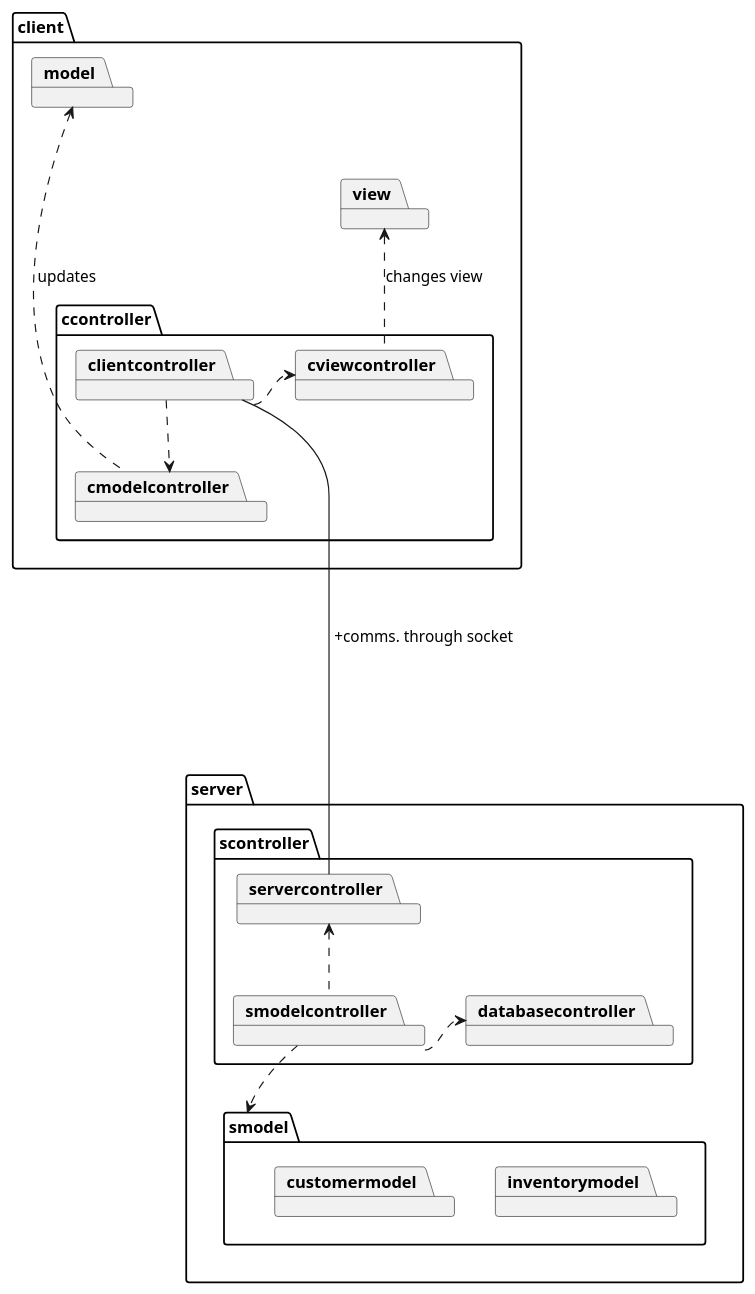
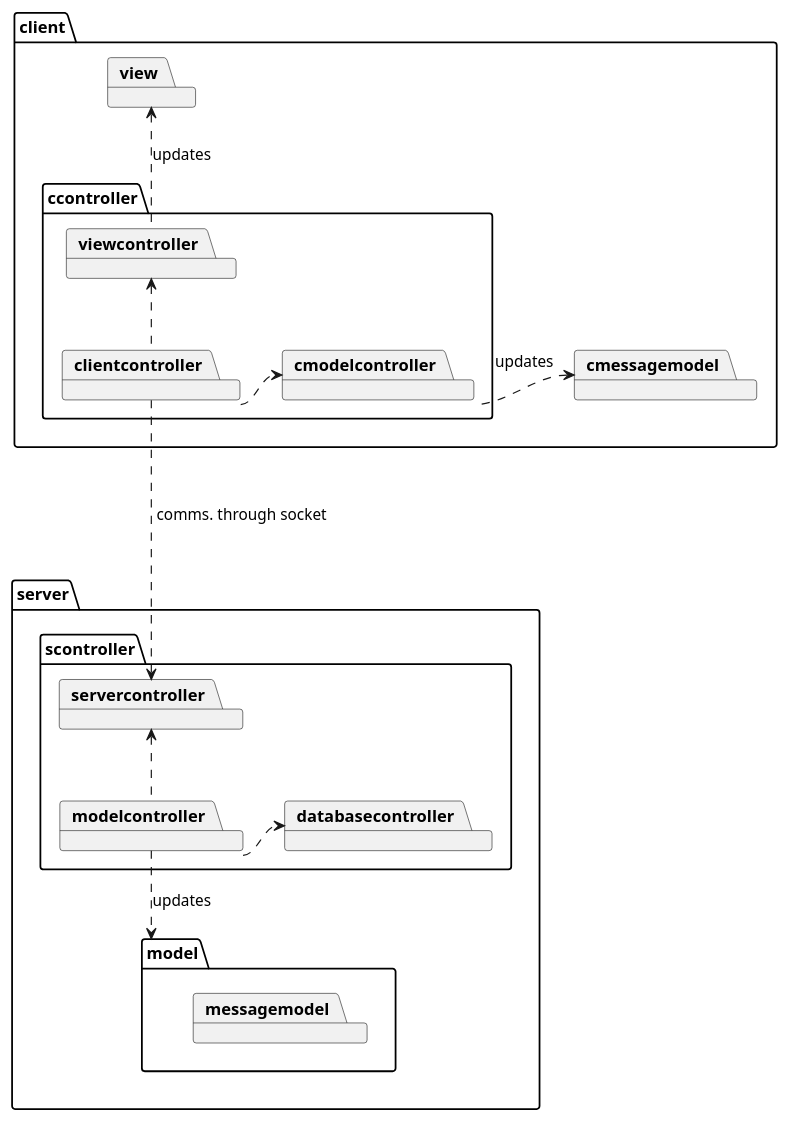
Before and after one commit to patrickronn/tool-shop-inventory-management-application: the diagram in pre-project/main-uml.md, drawn with PlantUML. The commit also changed 11 other files, not shown here.

Commit message:
Finished UML diagrams

````diff
--- a/pre-project/main-uml.md
+++ b/pre-project/main-uml.md
@@ -12,56 +12,39 @@
 ```plantuml
 @startuml
 skinparam classAttributeIconSize 0
-
-/'
-package inventoryclient {
-    package iview
-    package icontroller
-    package imodel
-}
-
-package customerclient {
-    package cview
-    package ccontroller
-    package cmodel
-}
-'/
 
 package client {
     package view
     package ccontroller {
         package clientcontroller
-        package cviewcontroller
+        package viewcontroller
         package cmodelcontroller
     }
-    package model
+    package cmessagemodel
 }
 
 package server {
     package scontroller {
         package servercontroller
-        package smodelcontroller
+        package modelcontroller
         package databasecontroller
     }
-    package smodel {
-        package inventorymodel
-        package customermodel
+    package model {
+        package messagemodel
     }
 }
 
-view <.. cviewcontroller : changes view
-model <.... cmodelcontroller : updates
-clientcontroller .> cviewcontroller
-clientcontroller ..> cmodelcontroller
+view <.. viewcontroller : updates
+cmessagemodel <. cmodelcontroller : updates
+viewcontroller <.. clientcontroller 
+clientcontroller .> cmodelcontroller
 
-clientcontroller ----- servercontroller : " +comms. through socket"
+clientcontroller ...> servercontroller : " comms. through socket"
 
-servercontroller <.. smodelcontroller
-smodelcontroller .> databasecontroller
-
-smodelcontroller ..> smodel
-
+servercontroller <.. modelcontroller
+modelcontroller .> databasecontroller
+modelcontroller ..> model : updates
 
 hide members
 @enduml
 ```
````
